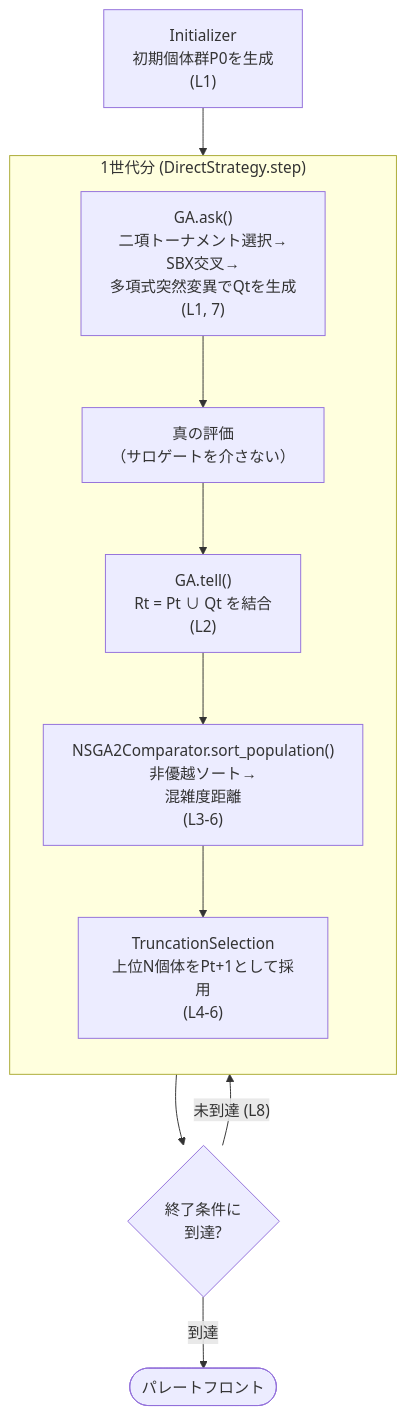
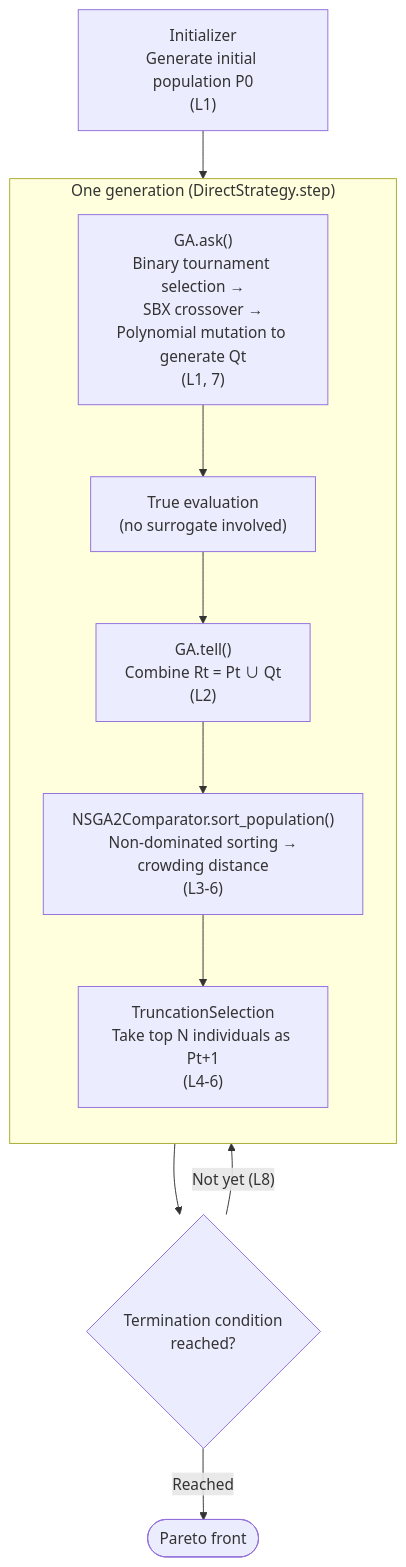
One commit to shlka/saealib changed the diagram in docs/algorithms/nsga2.md. Above: the diagram before and after it, drawn with Mermaid. The commit also changed other lines of this file and 50 other files, not shown here.

````diff
--- a/docs/algorithms/nsga2.md
+++ b/docs/algorithms/nsga2.md
@@ -41,14 +41,14 @@
 ```{mermaid}
 flowchart TD
-    INIT["Initializer<br/>初期個体群P0を生成<br/>(L1)"] --> GEN
-    subgraph GEN["1世代分 (DirectStrategy.step)"]
+    INIT["Initializer<br/>Generate initial population P0<br/>(L1)"] --> GEN
+    subgraph GEN["One generation (DirectStrategy.step)"]
         direction TB
-        ASK["GA.ask()<br/>二項トーナメント選択→<br/>SBX交叉→<br/>多項式突然変異でQtを生成<br/>(L1, 7)"] --> EVAL["真の評価<br/>（サロゲートを介さない）"]
-        EVAL --> COMB["GA.tell()<br/>Rt = Pt ∪ Qt を結合<br/>(L2)"]
-        COMB --> SORT["NSGA2Comparator.sort_population()<br/>非優越ソート→<br/>混雑度距離<br/>(L3-6)"]
-        SORT --> TRUNC["TruncationSelection<br/>上位N個体をPt+1として採用<br/>(L4-6)"]
+        ASK["GA.ask()<br/>Binary tournament selection →<br/>SBX crossover →<br/>Polynomial mutation to generate Qt<br/>(L1, 7)"] --> EVAL["True evaluation<br/>(no surrogate involved)"]
+        EVAL --> COMB["GA.tell()<br/>Combine Rt = Pt ∪ Qt<br/>(L2)"]
+        COMB --> SORT["NSGA2Comparator.sort_population()<br/>Non-dominated sorting →<br/>crowding distance<br/>(L3-6)"]
+        SORT --> TRUNC["TruncationSelection<br/>Take top N individuals as Pt+1<br/>(L4-6)"]
     end
-    GEN --> TERM{"終了条件に<br/>到達?"}
-    TERM -- "未到達 (L8)" --> GEN
-    TERM -- "到達" --> RESULT(["パレートフロント"])
+    GEN --> TERM{"Termination condition<br/>reached?"}
+    TERM -- "Not yet (L8)" --> GEN
+    TERM -- "Reached" --> RESULT(["Pareto front"])
 ```
````
